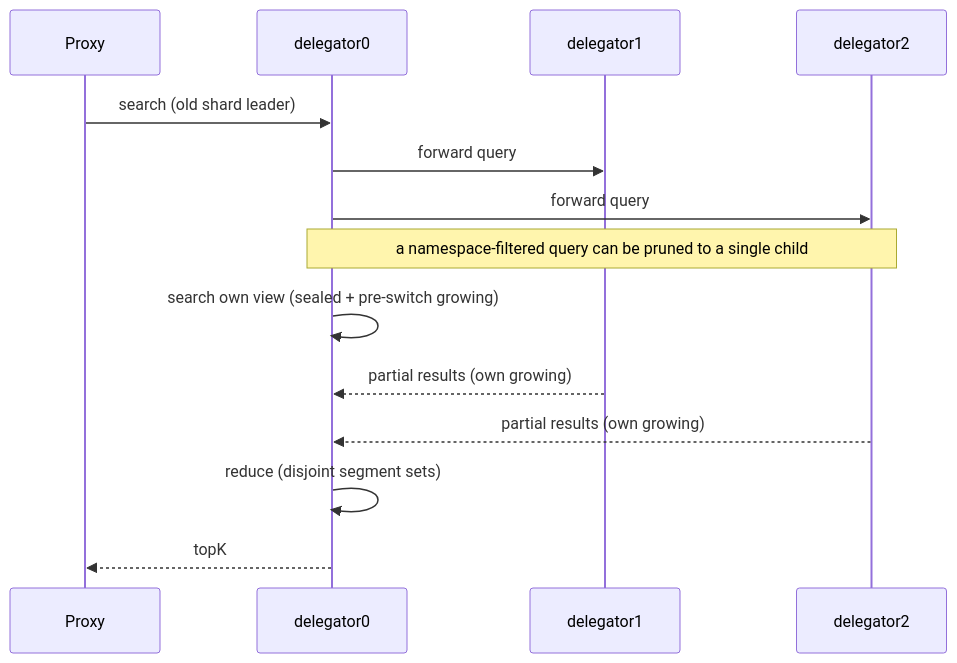
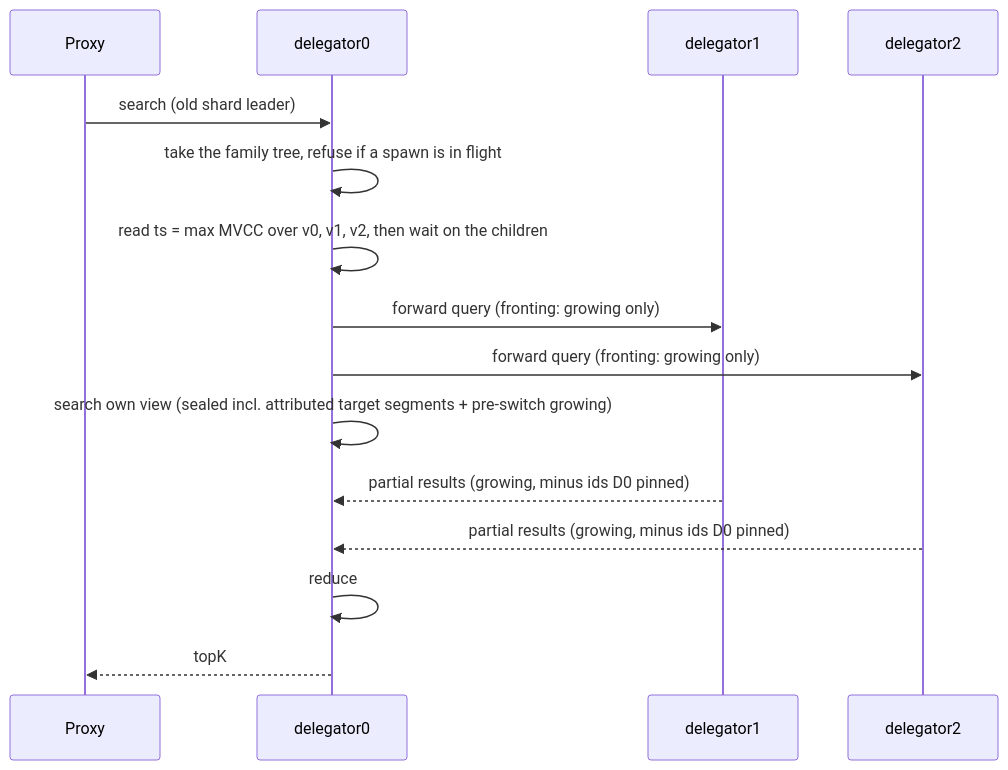
One commit to milvus-io/milvus changed the third of 4 diagrams in docs/design-docs/design_docs/20260610-shard_split.md. Above: the diagram before and after it, drawn with Mermaid. The commit also changed other lines of this file, not shown here.

````diff
--- a/docs/design-docs/design_docs/20260610-shard_split.md
+++ b/docs/design-docs/design_docs/20260610-shard_split.md
@@ -441,16 +1185,17 @@
 ```mermaid
 sequenceDiagram
     participant PX as Proxy
     participant D0 as delegator0
     participant D1 as delegator1
     participant D2 as delegator2
     PX->>D0: search (old shard leader)
-    D0->>D1: forward query
-    D0->>D2: forward query
-    Note over D0,D2: a namespace-filtered query can be pruned to a single child
-    D0->>D0: search own view (sealed + pre-switch growing)
-    D1-->>D0: partial results (own growing)
-    D2-->>D0: partial results (own growing)
-    D0->>D0: reduce (disjoint segment sets)
+    D0->>D0: take the family tree, refuse if a spawn is in flight
+    D0->>D0: read ts = max MVCC over v0, v1, v2, then wait on the children
+    D0->>D1: forward query (fronting: growing only)
+    D0->>D2: forward query (fronting: growing only)
+    D0->>D0: search own view (sealed incl. attributed target segments + pre-switch growing)
+    D1-->>D0: partial results (growing, minus ids D0 pinned)
+    D2-->>D0: partial results (growing, minus ids D0 pinned)
+    D0->>D0: reduce
     D0-->>PX: topK
 ```
````
